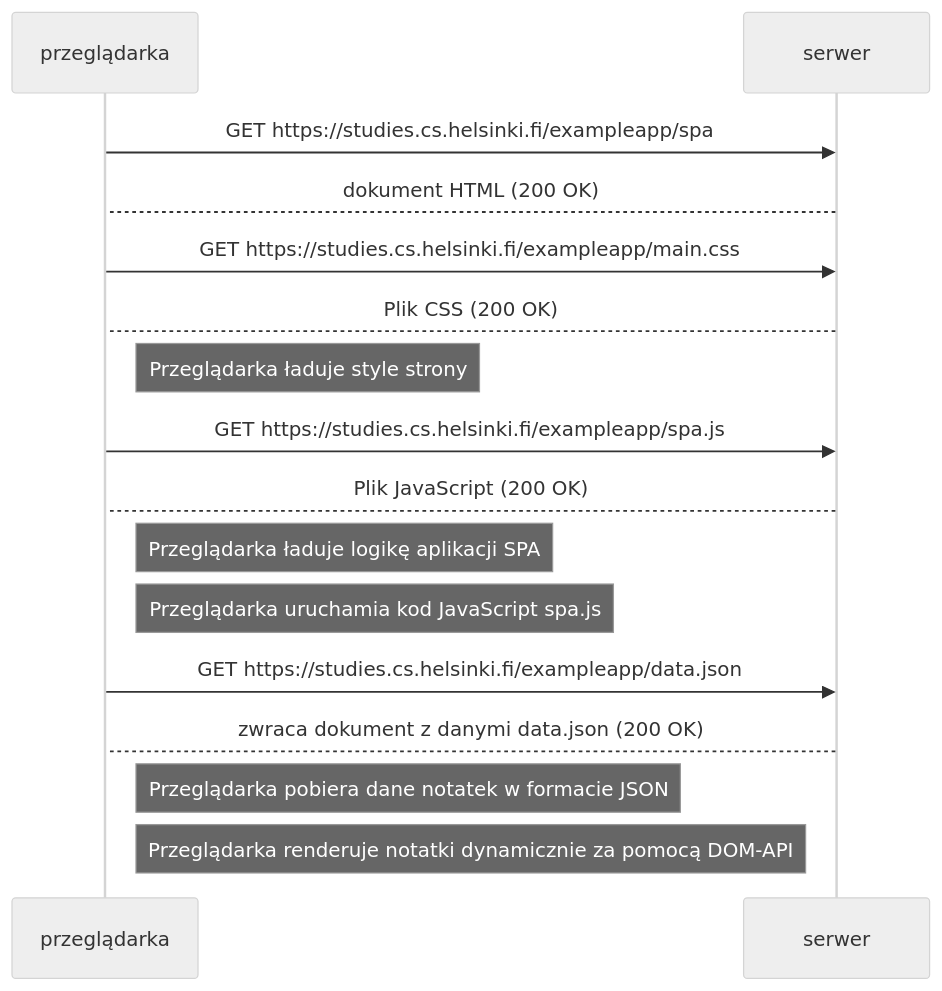
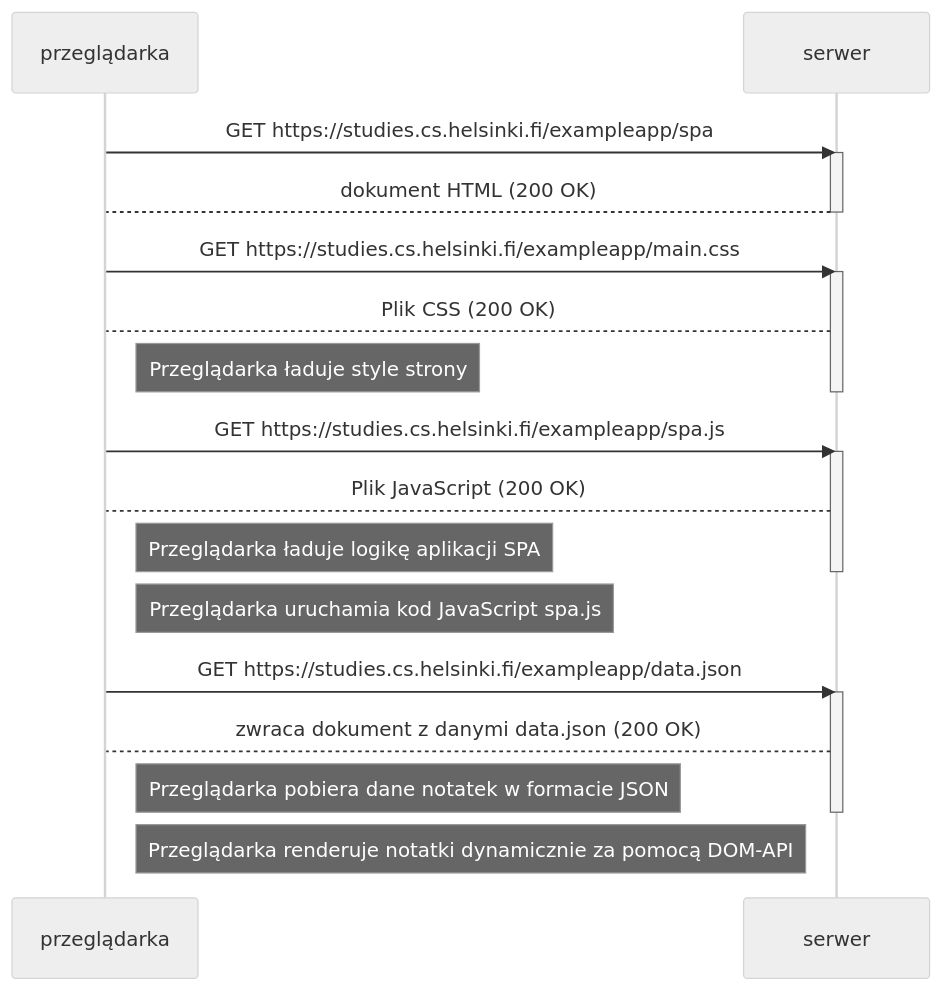
The diagram in part 0/0.5-Fullstack.mmd (szczygi123/Fullstack---zadania), drawn with Mermaid (neutral theme) before and after one commit. The commit also changed 3 other files, not shown here.

```diff
--- a/part 0/0.5-Fullstack.mmd
+++ b/part 0/0.5-Fullstack.mmd
@@ -1,22 +1,35 @@
 sequenceDiagram
     participant przeglądarka
     participant serwer
 
     przeglądarka->>serwer: GET https://studies.cs.helsinki.fi/exampleapp/spa
+    activate serwer
     serwer-->przeglądarka: dokument HTML (200 OK)
+    deactivate serwer
+
 
     przeglądarka->>serwer: GET https://studies.cs.helsinki.fi/exampleapp/main.css
+    activate serwer
+
     serwer-->przeglądarka: Plik CSS (200 OK)
     Note right of przeglądarka: Przeglądarka ładuje style strony
+    deactivate serwer
+
 
     przeglądarka->>serwer: GET https://studies.cs.helsinki.fi/exampleapp/spa.js
+    activate serwer
     serwer-->przeglądarka: Plik JavaScript (200 OK)
     Note right of przeglądarka: Przeglądarka ładuje logikę aplikacji SPA
+    deactivate serwer
+
 
     Note right of przeglądarka: Przeglądarka uruchamia kod JavaScript spa.js
 
     przeglądarka->>serwer: GET https://studies.cs.helsinki.fi/exampleapp/data.json
+    activate serwer
     serwer-->przeglądarka: zwraca dokument z danymi data.json (200 OK)
     Note right of przeglądarka: Przeglądarka pobiera dane notatek w formacie JSON
+    deactivate serwer
+
 
     Note right of przeglądarka: Przeglądarka renderuje notatki dynamicznie za pomocą DOM-API
```
